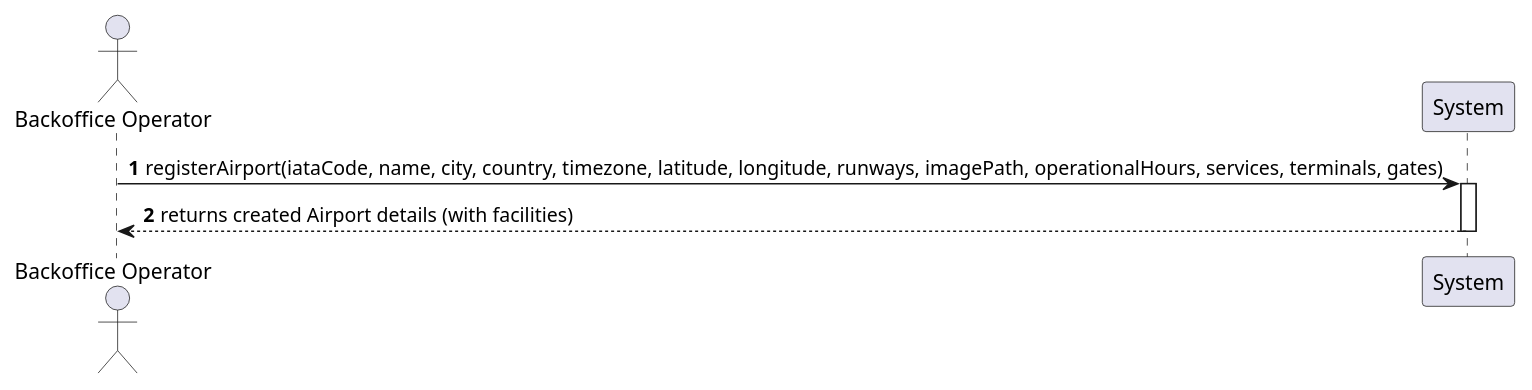
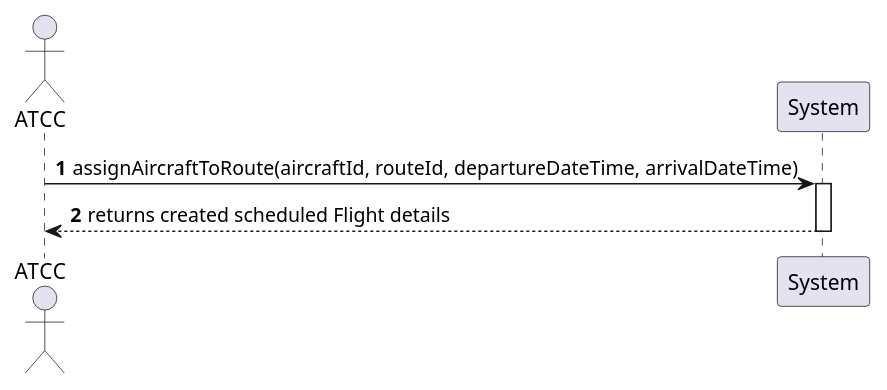
Before and after one commit to VascoMagolo/psoft_1231562_1241692_1242036_2db: the diagram in docs/system-documentation/use-cases/WP3B/US212/puml/ssd_us212.puml, drawn with PlantUML. The commit also changed 56 other files, not shown here.

```diff
--- a/docs/system-documentation/use-cases/WP3B/US212/puml/ssd_us212.puml
+++ b/docs/system-documentation/use-cases/WP3B/US212/puml/ssd_us212.puml
@@ -1,10 +1,10 @@
 @startuml
 autonumber
-actor "Backoffice Operator" as BO
+actor "ATCC" as BO
 participant "System" as Sys
 
-BO -> Sys : registerAirport(iataCode, name, city, country, timezone, latitude, longitude, runways, imagePath, operationalHours, services, terminals, gates)
+BO -> Sys : assignAircraftToRoute(aircraftId, routeId, departureDateTime, arrivalDateTime)
 activate Sys
-Sys --> BO : returns created Airport details (with facilities)
+Sys --> BO : returns created scheduled Flight details
 deactivate Sys
 @enduml
```
